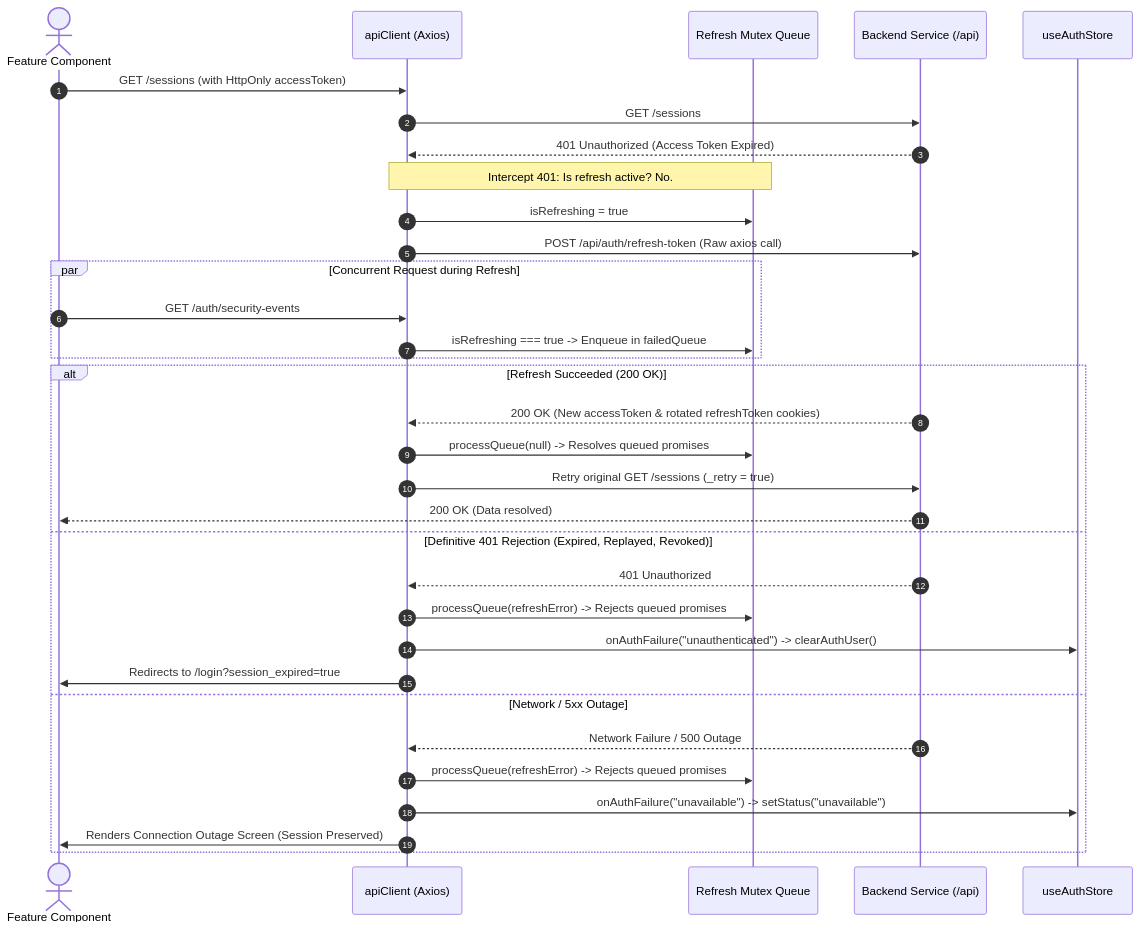
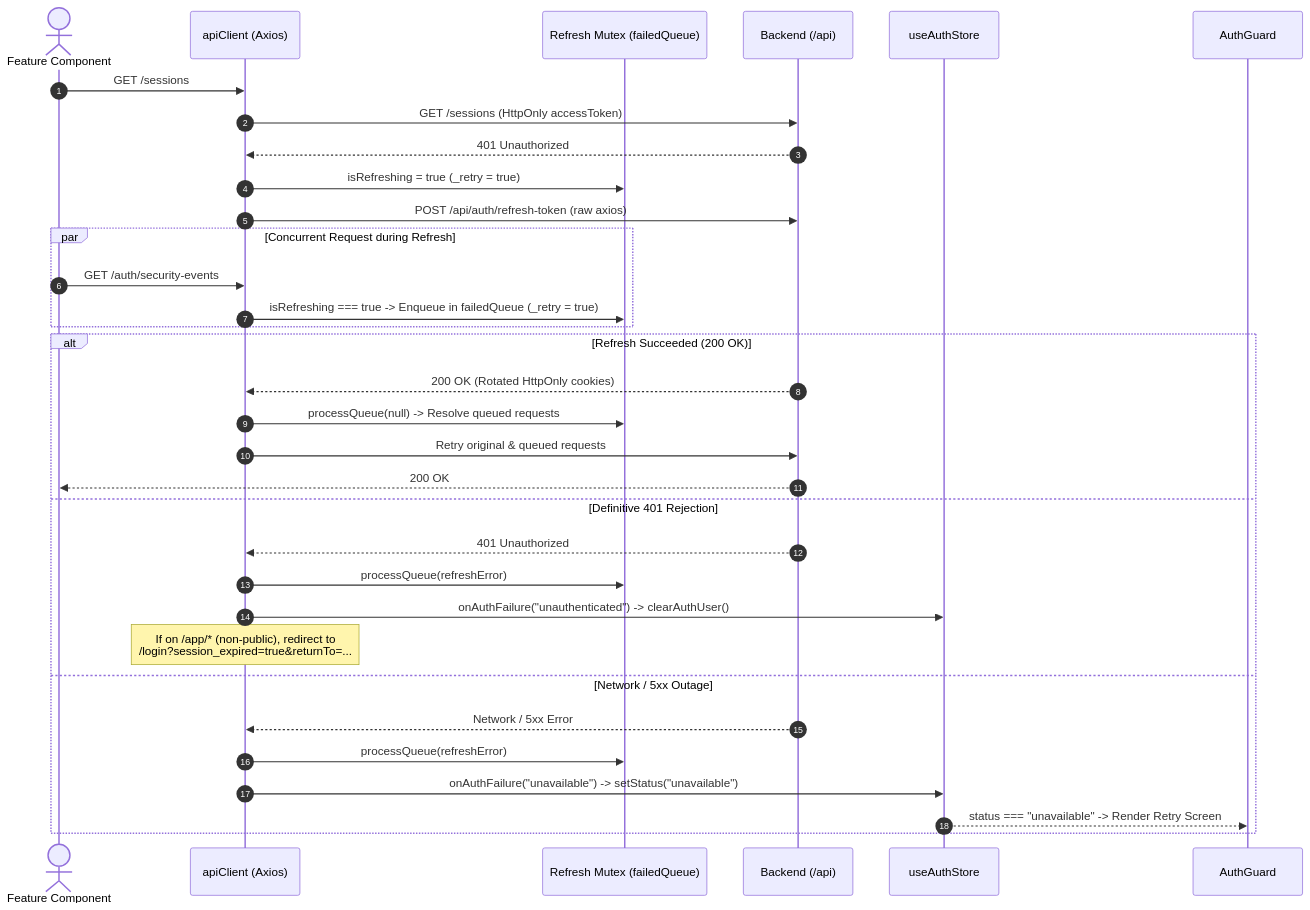
One commit to utkarshj014/authsphere changed the fourth of 9 diagrams in docs/FRONTEND_ARCHITECTURE.md. Above: the diagram before and after it, drawn with Mermaid. The commit also changed other lines of this file and 5 other files, not shown here.

````diff
--- a/docs/FRONTEND_ARCHITECTURE.md
+++ b/docs/FRONTEND_ARCHITECTURE.md
@@ -236,39 +222,39 @@
 ```mermaid
 sequenceDiagram
     autonumber
     actor View as Feature Component
     participant Client as apiClient (Axios)
-    participant Mutex as Refresh Mutex Queue
-    participant API as Backend Service (/api)
+    participant Mutex as Refresh Mutex (failedQueue)
+    participant API as Backend (/api)
     participant Store as useAuthStore
+    participant Guard as AuthGuard
 
-    View->>Client: GET /sessions (with HttpOnly accessToken)
-    Client->>API: GET /sessions
-    API-->>Client: 401 Unauthorized (Access Token Expired)
+    View->>Client: GET /sessions
+    Client->>API: GET /sessions (HttpOnly accessToken)
+    API-->>Client: 401 Unauthorized
 
-    Note over Client, Mutex: Intercept 401: Is refresh active? No.
-    Client->>Mutex: isRefreshing = true
-    Client->>API: POST /api/auth/refresh-token (Raw axios call)
+    Client->>Mutex: isRefreshing = true (_retry = true)
+    Client->>API: POST /api/auth/refresh-token (raw axios)
 
     par Concurrent Request during Refresh
         View->>Client: GET /auth/security-events
-        Client->>Mutex: isRefreshing === true -> Enqueue in failedQueue
+        Client->>Mutex: isRefreshing === true -> Enqueue in failedQueue (_retry = true)
     end
 
     alt Refresh Succeeded (200 OK)
-        API-->>Client: 200 OK (New accessToken & rotated refreshToken cookies)
-        Client->>Mutex: processQueue(null) -> Resolves queued promises
-        Client->>API: Retry original GET /sessions (_retry = true)
-        API-->>View: 200 OK (Data resolved)
-    else Definitive 401 Rejection (Expired, Replayed, Revoked)
+        API-->>Client: 200 OK (Rotated HttpOnly cookies)
+        Client->>Mutex: processQueue(null) -> Resolve queued requests
+        Client->>API: Retry original & queued requests
+        API-->>View: 200 OK
+    else Definitive 401 Rejection
         API-->>Client: 401 Unauthorized
-        Client->>Mutex: processQueue(refreshError) -> Rejects queued promises
+        Client->>Mutex: processQueue(refreshError)
         Client->>Store: onAuthFailure("unauthenticated") -> clearAuthUser()
-        Client->>View: Redirects to /login?session_expired=true
+        Note over Client: If on /app/* (non-public), redirect to<br/>/login?session_expired=true&returnTo=...
     else Network / 5xx Outage
-        API-->>Client: Network Failure / 500 Outage
-        Client->>Mutex: processQueue(refreshError) -> Rejects queued promises
+        API-->>Client: Network / 5xx Error
+        Client->>Mutex: processQueue(refreshError)
         Client->>Store: onAuthFailure("unavailable") -> setStatus("unavailable")
-        Client->>View: Renders Connection Outage Screen (Session Preserved)
+        Store-->>Guard: status === "unavailable" -> Render Retry Screen
     end
 ```
````
